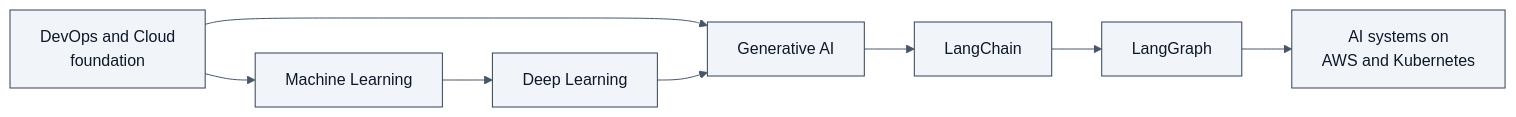
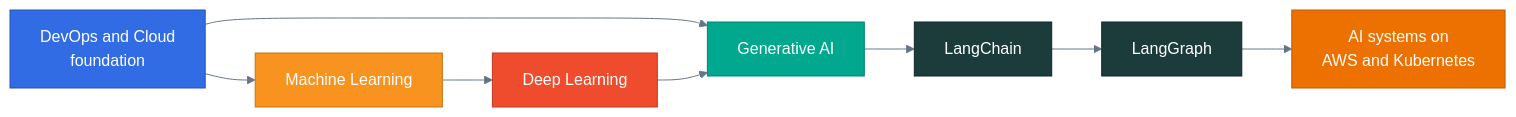
The seventh of 7 diagrams in README.md (Rohit-1920/Rohit-1920), drawn with Mermaid before and after one commit. The commit also changed other lines of this file, not shown here.

````diff
--- a/README.md
+++ b/README.md
@@ -372,6 +511,19 @@
 ```mermaid
-%%{init: {'theme':'base','themeVariables':{'fontFamily':'Inter, ui-sans-serif, system-ui, sans-serif','primaryColor':'#F1F5F9','primaryBorderColor':'#334155','primaryTextColor':'#0F172A','lineColor':'#475569'}}}%%
+%%{init: {'theme':'base','themeVariables':{'fontFamily':'Inter, ui-sans-serif, system-ui, sans-serif','lineColor':'#64748B','primaryTextColor':'#FFFFFF'}}}%%
 flowchart LR
   INF["DevOps and Cloud<br/>foundation"] --> GEN["Generative AI"] --> LC["LangChain"] --> LG["LangGraph"] --> AG["AI systems on<br/>AWS and Kubernetes"]
   INF --> ML["Machine Learning"] --> DL["Deep Learning"] --> GEN
+
+  classDef base fill:#326CE5,stroke:#2653B3,color:#FFFFFF
+  classDef ai fill:#01A88D,stroke:#018570,color:#FFFFFF
+  classDef lc fill:#1C3C3C,stroke:#0F2424,color:#FFFFFF
+  classDef ml fill:#F7931E,stroke:#C4760F,color:#FFFFFF
+  classDef dl fill:#EE4C2C,stroke:#BC3B21,color:#FFFFFF
+  classDef goal fill:#ED7100,stroke:#C25C00,color:#FFFFFF
+  class INF base
+  class GEN ai
+  class LC,LG lc
+  class ML ml
+  class DL dl
+  class AG goal
 ```
````
